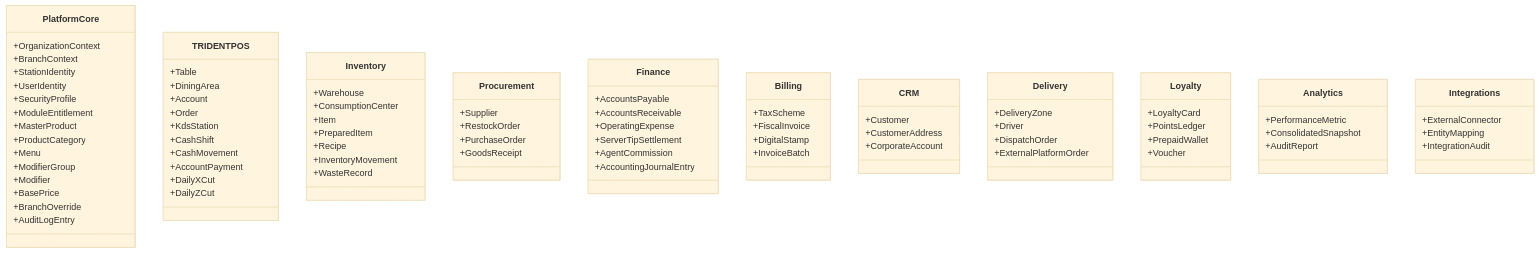
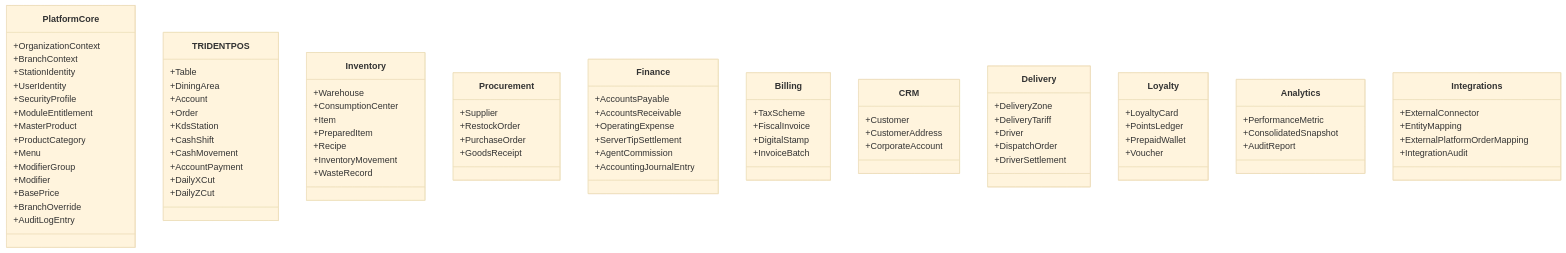
The second of 3 diagrams in FUNCTIONAL_ARCHITECTURE.md (Lucas030509/TRIDENTPOS), drawn with Mermaid (base theme) before and after one commit. The commit also changed other lines of this file and 23 other files, not shown here.

Commit message:
fix(architecture): remediate solution architecture gate findings

````diff
--- a/FUNCTIONAL_ARCHITECTURE.md
+++ b/FUNCTIONAL_ARCHITECTURE.md
@@ -147,9 +151,10 @@
     }
     class Delivery {
         +DeliveryZone
+        +DeliveryTariff
         +Driver
         +DispatchOrder
-        +ExternalPlatformOrder
+        +DriverSettlement
     }
     class Loyalty {
         +LoyaltyCard
@@ -165,6 +170,7 @@
     class Integrations {
         +ExternalConnector
         +EntityMapping
+        +ExternalPlatformOrderMapping
         +IntegrationAudit
     }
 ```
````
